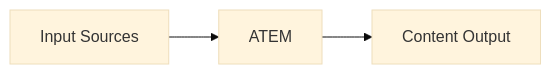
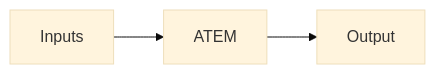
The first of 4 diagrams in 03-how.md (mathias-ewald/atem-setup), drawn with Mermaid (base theme) before and after one commit. The commit also changed other lines of this file and 9 other files, not shown here.

````diff
--- a/03-how.md
+++ b/03-how.md
@@ -23,4 +23,4 @@
 ```mermaid {scale: 1.5}
 flowchart LR
-Inputs[Input Sources] --> ATEM --> Output[Content Output]
+Inputs --> ATEM --> Output
 ```
````
